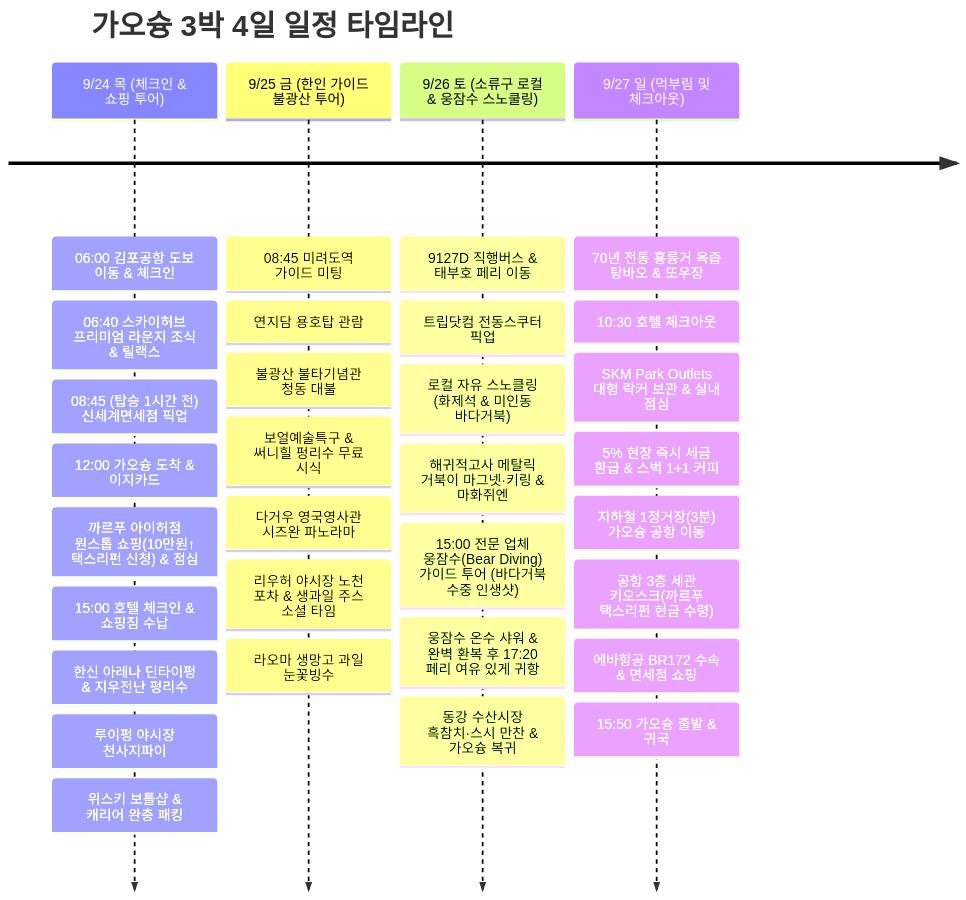
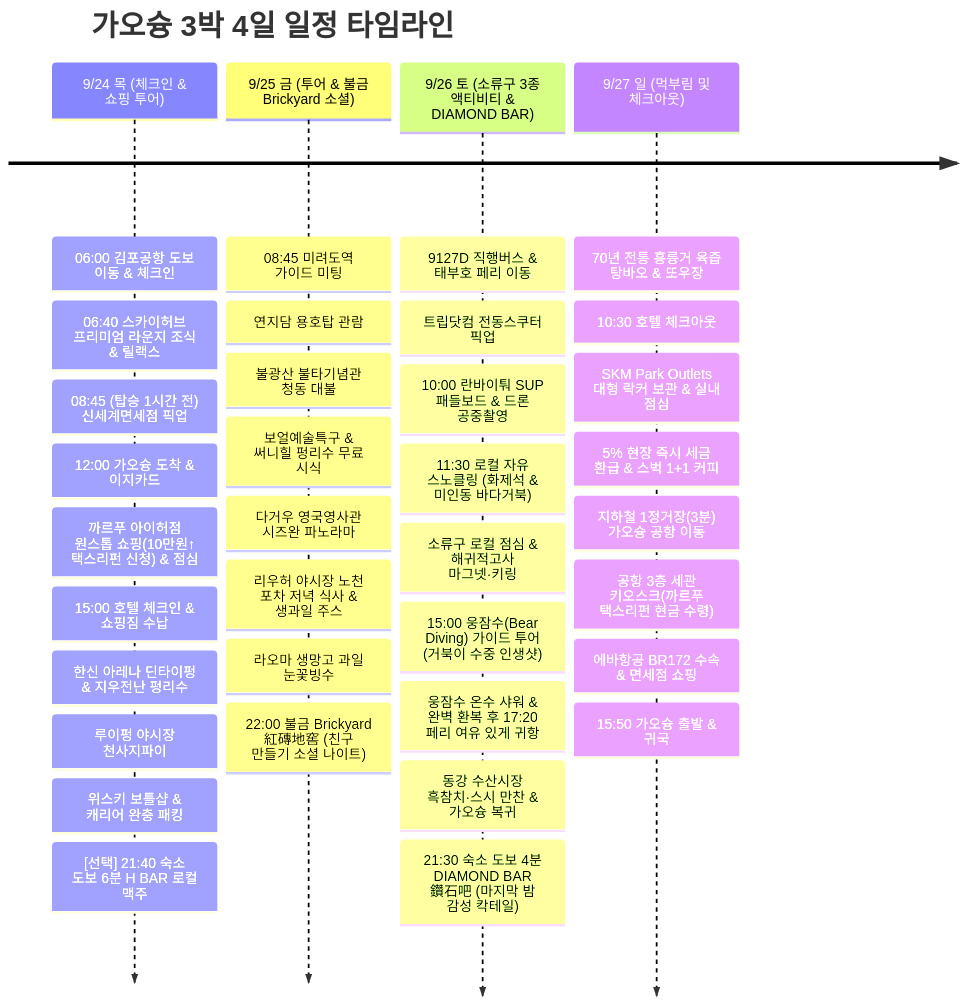
The diagram in src/content/posts/2026-09-24-kaohsiung-xiaoliuqiu.md (gongdongho12/commit-map), drawn with Mermaid before and after one commit. The commit also changed other lines of this file, not shown here.

Commit message:
feat(kaohsiung): 소류구 란바이퉈 SUP 드론촬영 및 가오슝 로컬바(Brickyard, DIAMOND BAR, H BAR) 일정 추가

````diff
--- a/src/content/posts/2026-09-24-kaohsiung-xiaoliuqiu.md
+++ b/src/content/posts/2026-09-24-kaohsiung-xiaoliuqiu.md
@@ -386,35 +425,39 @@
 ```mermaid
 timeline
   title 가오슝 3박 4일 일정 타임라인
   9/24 목 (체크인 & 쇼핑 투어) : 06:00 김포공항 도보 이동 & 체크인
                        : 06:40 스카이허브 프리미엄 라운지 조식 & 릴랙스
                        : 08:45 (탑승 1시간 전) 신세계면세점 픽업
                        : 12:00 가오슝 도착 & 이지카드
                        : 까르푸 아이허점 원스톱 쇼핑(10만원↑ 택스리펀 신청) & 점심
                        : 15:00 호텔 체크인 & 쇼핑짐 수납
                        : 한신 아레나 딘타이펑 & 지우전난 펑리수
                        : 루이펑 야시장 천사지파이
                        : 위스키 보틀샵 & 캐리어 완충 패킹
-  9/25 금 (한인 가이드 불광산 투어) : 08:45 미려도역 가이드 미팅
+                       : [선택] 21:40 숙소 도보 6분 H BAR 로컬 맥주
+  9/25 금 (투어 & 불금 Brickyard 소셜) : 08:45 미려도역 가이드 미팅
                        : 연지담 용호탑 관람
                        : 불광산 불타기념관 청동 대불
                        : 보얼예술특구 & 써니힐 펑리수 무료 시식
                        : 다거우 영국영사관 시즈완 파노라마
-                       : 리우허 야시장 노천 포차 & 생과일 주스 소셜 타임
+                       : 리우허 야시장 노천 포차 저녁 식사 & 생과일 주스
                        : 라오마 생망고 과일 눈꽃빙수
-  9/26 토 (소류구 로컬 & 웅잠수 스노쿨링) : 9127D 직행버스 & 태부호 페리 이동
+                       : 22:00 불금 Brickyard 紅磚地窖 (친구 만들기 소셜 나이트)
+  9/26 토 (소류구 3종 액티비티 & DIAMOND BAR) : 9127D 직행버스 & 태부호 페리 이동
                        : 트립닷컴 전동스쿠터 픽업
-                       : 로컬 자유 스노클링 (화제석 & 미인동 바다거북)
-                       : 해귀적고사 메탈릭 거북이 마그넷·키링 & 마화쥐엔
-                       : 15:00 전문 업체 웅잠수(Bear Diving) 가이드 투어 (바다거북 수중 인생샷)
+                       : 10:00 란바이퉈 SUP 패들보드 & 드론 공중촬영
+                       : 11:30 로컬 자유 스노클링 (화제석 & 미인동 바다거북)
+                       : 소류구 로컬 점심 & 해귀적고사 마그넷·키링
+                       : 15:00 웅잠수(Bear Diving) 가이드 투어 (거북이 수중 인생샷)
                        : 웅잠수 온수 샤워 & 완벽 환복 후 17:20 페리 여유 있게 귀항
                        : 동강 수산시장 흑참치·스시 만찬 & 가오슝 복귀
+                       : 21:30 숙소 도보 4분 DIAMOND BAR 鑽石吧 (마지막 밤 감성 칵테일)
   9/27 일 (먹부림 및 체크아웃) : 70년 전통 흥륭거 육즙 탕바오 & 또우장
                        : 10:30 호텔 체크아웃
                        : SKM Park Outlets 대형 락커 보관 & 실내 점심
                        : 5% 현장 즉시 세금 환급 & 스벅 1+1 커피
                        : 지하철 1정거장(3분) 가오슝 공항 이동
                        : 공항 3층 세관 키오스크(까르푸 택스리펀 현금 수령)
                        : 에바항공 BR172 수속 & 면세점 쇼핑
                        : 15:50 가오슝 출발 & 귀국
 ```
````
